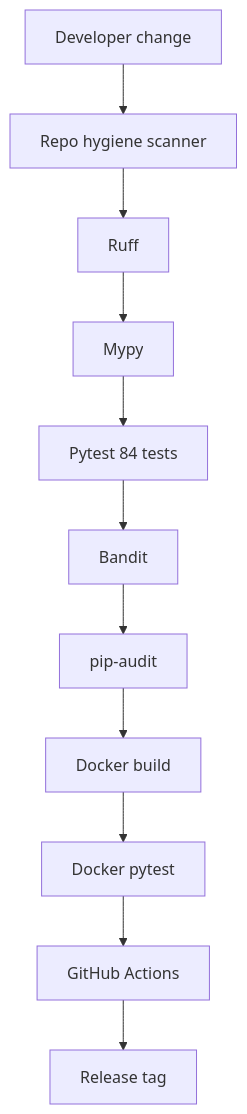
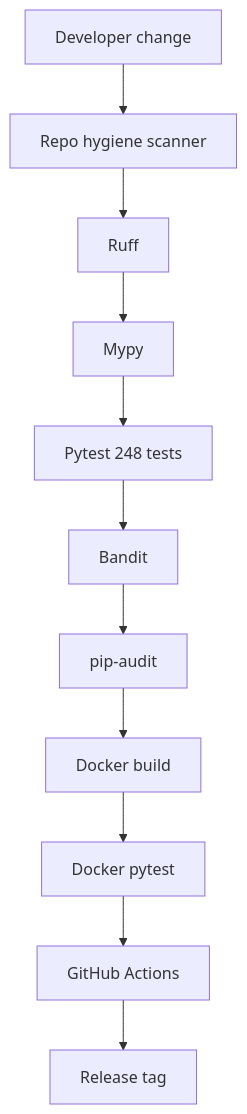
Before and after one commit to codethor0/llm-agent-control-plane-lab: the fourth of 5 diagrams in docs/architecture.md, drawn with Mermaid. The commit also changed other lines of this file and 20 other files, not shown here.

````diff
--- a/docs/architecture.md
+++ b/docs/architecture.md
@@ -117,16 +118,16 @@
 ```mermaid
 flowchart TD
   ch[Developer change]
   rh[Repo hygiene scanner]
   rf[Ruff]
   my[Mypy]
-  py[Pytest 84 tests]
+  py[Pytest 248 tests]
   bd[Bandit]
   pa[pip-audit]
   dk[Docker build]
   dt[Docker pytest]
   ga[GitHub Actions]
   rel[Release tag]
 
   ch --> rh --> rf --> my --> py --> bd --> pa --> dk --> dt --> ga --> rel
 ```
````
